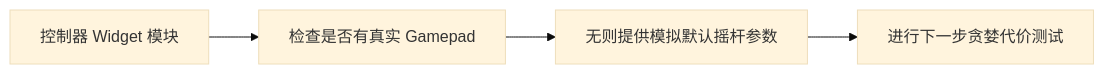
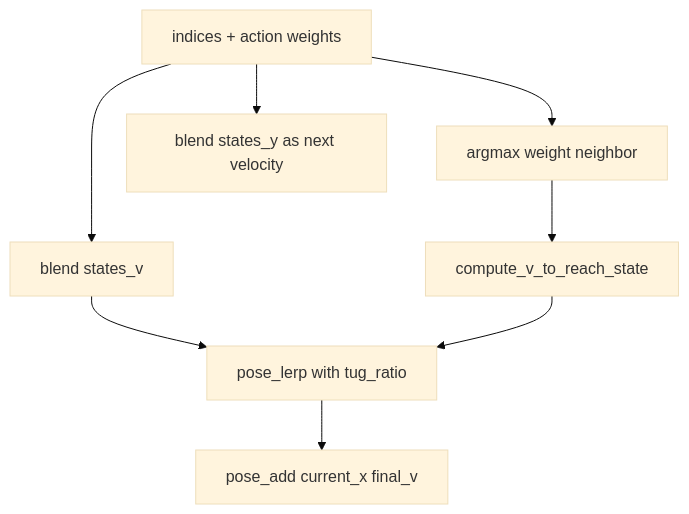
One commit to EvihGraphics/AnimationTech-HTC changed the seventh of 10 diagrams in docs/blog/AnimationPapers/motion_fields_for_interactive_character_animation/README.md. Above: the diagram before and after it, drawn with Mermaid (base theme). The commit also changed other lines of this file and 6 other files, not shown here.

````diff
--- a/docs/blog/AnimationPapers/motion_fields_for_interactive_character_animation/README.md
+++ b/docs/blog/AnimationPapers/motion_fields_for_interactive_character_animation/README.md
@@ -148,6 +166,10 @@
 ```mermaid
-flowchart LR
-    A[控制器 Widget 模块] --> B[检查是否有真实 Gamepad]
-    B --> C[无则提供模拟默认摇杆参数]
-    C --> D[进行下一步贪婪代价测试]
+flowchart TD
+    A[indices + action weights] --> B[blend states_v]
+    A --> C[argmax weight neighbor]
+    C --> D[compute_v_to_reach_state]
+    B --> E[pose_lerp with tug_ratio]
+    D --> E
+    E --> F[pose_add current_x final_v]
+    A --> G[blend states_y as next velocity]
 ```
````
